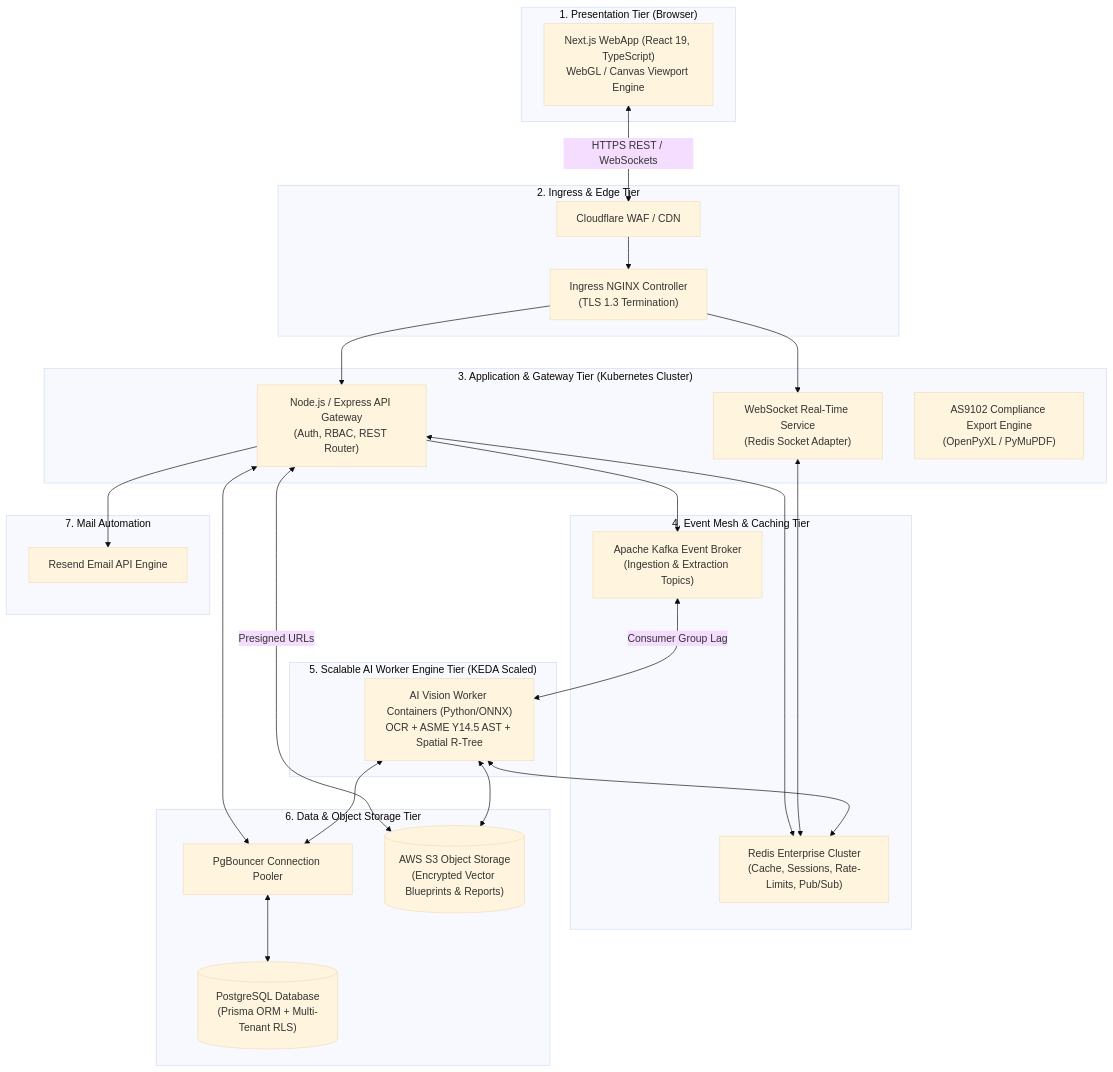
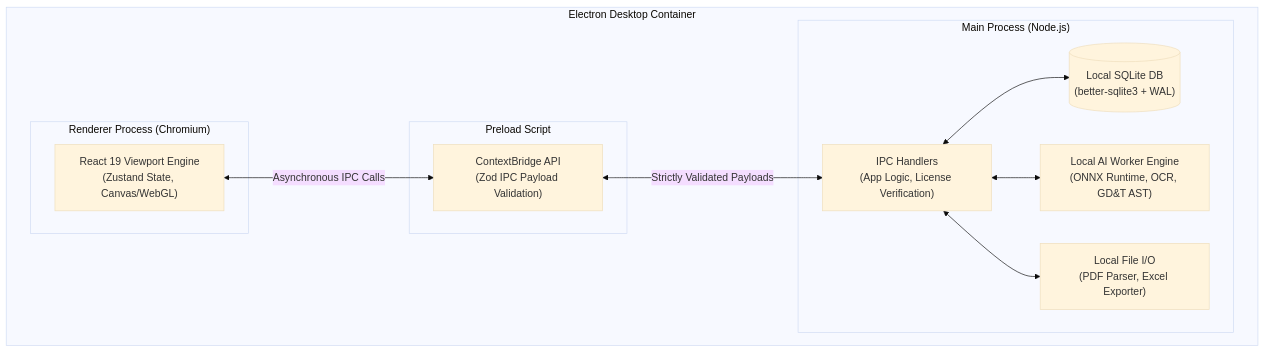
Before and after one commit to LoonistApp/Loonist: the second of 2 diagrams in Phase_2_High_Level_Design.md, drawn with Mermaid (base theme). The commit also changed other lines of this file, not shown here.

Commit message:
docs: rewrite Phase 2 HLD for LOONIST Desktop architecture

````diff
--- a/Phase_2_High_Level_Design.md
+++ b/Phase_2_High_Level_Design.md
@@ -79,55 +57,28 @@
 ```mermaid
 flowchart TD
-    subgraph Client_Tier ["1. Presentation Tier (Browser)"]
-        NextUI["Next.js WebApp (React 19, TypeScript)\nWebGL / Canvas Viewport Engine"]
+    subgraph Electron ["Electron Desktop Container"]
+        
+        subgraph Renderer ["Renderer Process (Chromium)"]
+            ReactUI["React 19 Viewport Engine\n(Zustand State, Canvas/WebGL)"]
+        end
+
+        subgraph Preload ["Preload Script"]
+            ContextBridge["ContextBridge API\n(Zod IPC Payload Validation)"]
+        end
+
+        subgraph MainProcess ["Main Process (Node.js)"]
+            IPC_Handlers["IPC Handlers\n(App Logic, License Verification)"]
+            LocalDB[("Local SQLite DB\n(better-sqlite3 + WAL)")]
+            AI_Engine["Local AI Worker Engine\n(ONNX Runtime, OCR, GD&T AST)"]
+            File_IO["Local File I/O\n(PDF Parser, Excel Exporter)"]
+        end
+
     end
 
-    subgraph Edge_Tier ["2. Ingress & Edge Tier"]
-        WAF["Cloudflare WAF / CDN"]
-        Ingress["Ingress NGINX Controller\n(TLS 1.3 Termination)"]
-    end
-
-    subgraph Application_Tier ["3. Application & Gateway Tier (Kubernetes Cluster)"]
-        APIGateway["Node.js / Express API Gateway\n(Auth, RBAC, REST Router)"]
-        SocketGateway["WebSocket Real-Time Service\n(Redis Socket Adapter)"]
-        ExportService["AS9102 Compliance Export Engine\n(OpenPyXL / PyMuPDF)"]
-    end
-
-    subgraph Async_Event_Mesh ["4. Event Mesh & Caching Tier"]
-        Kafka["Apache Kafka Event Broker\n(Ingestion & Extraction Topics)"]
-        Redis["Redis Enterprise Cluster\n(Cache, Sessions, Rate-Limits, Pub/Sub)"]
-    end
-
-    subgraph AI_Worker_Tier ["5. Scalable AI Worker Engine Tier (KEDA Scaled)"]
-        WorkerPool["AI Vision Worker Containers (Python/ONNX)\nOCR + ASME Y14.5 AST + Spatial R-Tree"]
-    end
-
-    subgraph Data_Storage_Tier ["6. Data & Object Storage Tier"]
-        PgBouncer["PgBouncer Connection Pooler"]
-        Postgres[("PostgreSQL Database\n(Prisma ORM + Multi-Tenant RLS)")]
-        S3Bucket[("AWS S3 Object Storage\n(Encrypted Vector Blueprints & Reports)")]
-    end
-
-    subgraph External_Integrations ["7. Mail Automation"]
-        ResendAPI["Resend Email API Engine"]
-    end
-
-    NextUI <-->|HTTPS REST / WebSockets| WAF
-    WAF --> Ingress
-    Ingress --> APIGateway & SocketGateway
-
-    APIGateway <--> Redis
-    APIGateway --> Kafka
-    APIGateway <--> PgBouncer
-    APIGateway --> ResendAPI
-    APIGateway <-->|Presigned URLs| S3Bucket
-
-    SocketGateway <--> Redis
-
-    Kafka <-->|Consumer Group Lag| WorkerPool
-    WorkerPool <--> Redis
-    WorkerPool <--> PgBouncer
-    WorkerPool <--> S3Bucket
-
-    PgBouncer <--> Postgres
+    ReactUI <-->|Asynchronous IPC Calls| ContextBridge
+    ContextBridge <-->|Strictly Validated Payloads| IPC_Handlers
+    
+    IPC_Handlers <--> LocalDB
+    IPC_Handlers <--> AI_Engine
+    IPC_Handlers <--> File_IO
 ```
````
